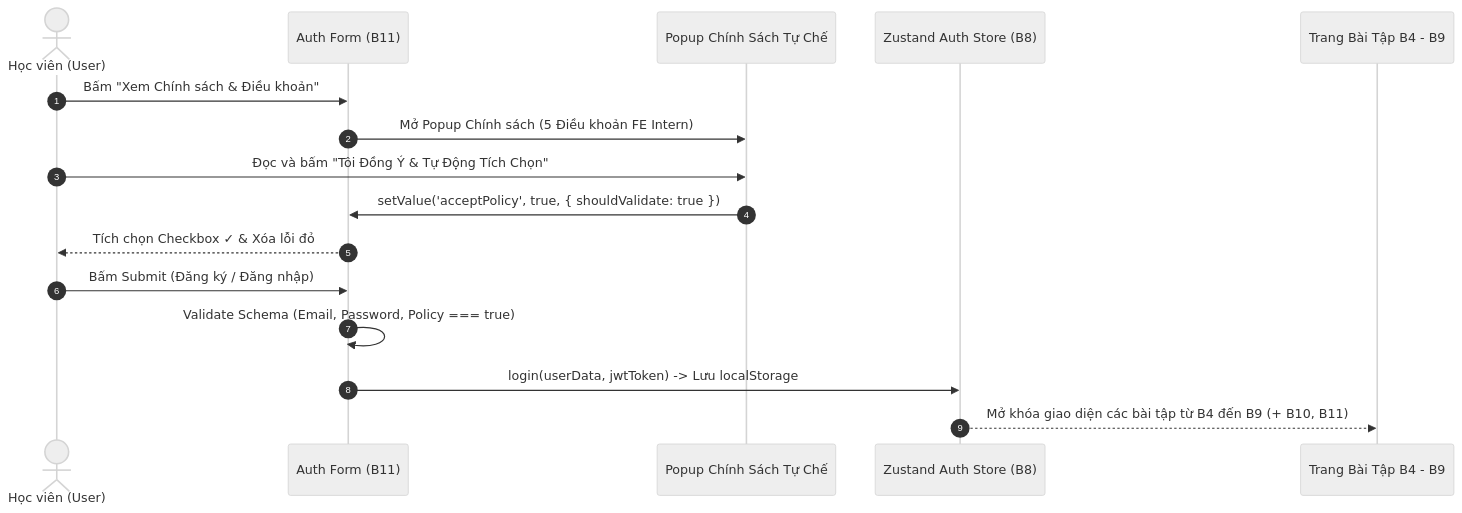
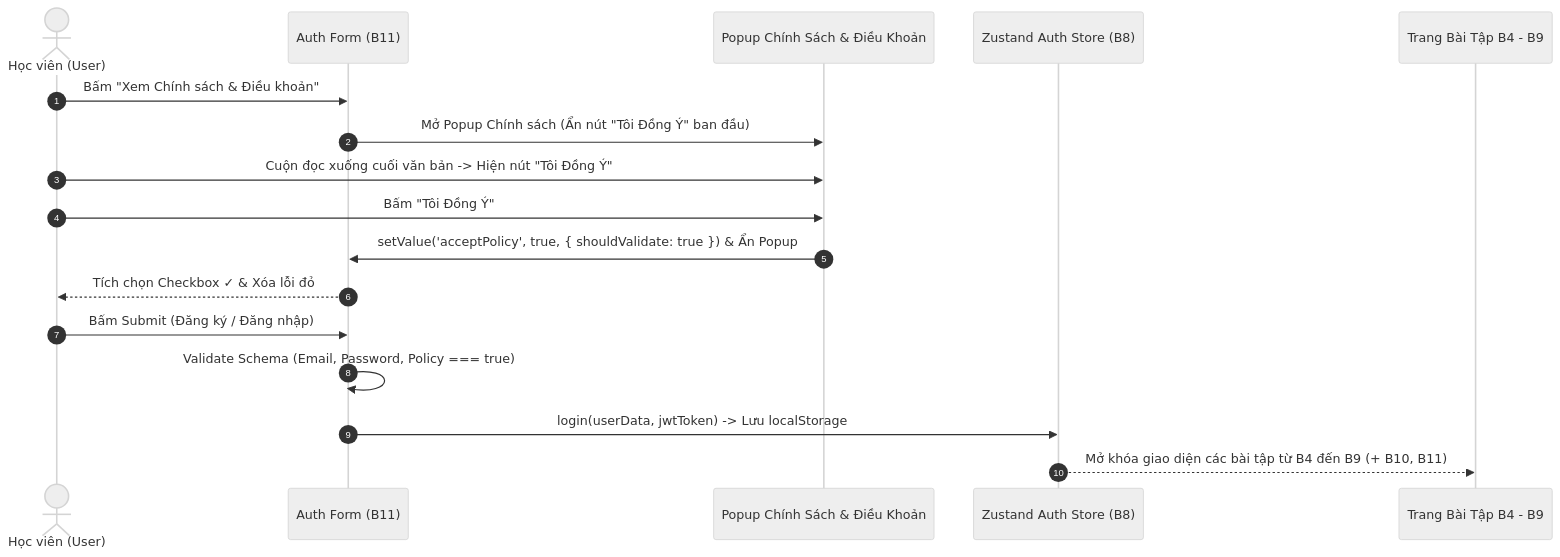
Before and after one commit to Ducthinh015/ES6-intern: the diagram in docs/B11_Form_Handling.md, drawn with Mermaid (neutral theme). The commit also changed other lines of this file and 3 other files, not shown here.

Commit message:
feat(policy-modal): remove 'tu che' label and require scrolling to bottom to show accept button

````diff
--- a/docs/B11_Form_Handling.md
+++ b/docs/B11_Form_Handling.md
@@ -93,19 +94,20 @@
 ```mermaid
 sequenceDiagram
     autonumber
     actor User as Học viên (User)
     participant Form as Auth Form (B11)
-    participant Modal as Popup Chính Sách Tự Chế
+    participant Modal as Popup Chính Sách & Điều Khoản
     participant Store as Zustand Auth Store (B8)
     participant Dashboard as Trang Bài Tập B4 - B9
 
     User->>Form: Bấm "Xem Chính sách & Điều khoản"
-    Form->>Modal: Mở Popup Chính sách (5 Điều khoản FE Intern)
-    User->>Modal: Đọc và bấm "Tôi Đồng Ý & Tự Động Tích Chọn"
-    Modal->>Form: setValue('acceptPolicy', true, { shouldValidate: true })
+    Form->>Modal: Mở Popup Chính sách (Ẩn nút "Tôi Đồng Ý" ban đầu)
+    User->>Modal: Cuộn đọc xuống cuối văn bản -> Hiện nút "Tôi Đồng Ý"
+    User->>Modal: Bấm "Tôi Đồng Ý"
+    Modal->>Form: setValue('acceptPolicy', true, { shouldValidate: true }) & Ẩn Popup
     Form-->>User: Tích chọn Checkbox ✓ & Xóa lỗi đỏ
     User->>Form: Bấm Submit (Đăng ký / Đăng nhập)
     Form->>Form: Validate Schema (Email, Password, Policy === true)
     Form->>Store: login(userData, jwtToken) -> Lưu localStorage
     Store-->>Dashboard: Mở khóa giao diện các bài tập từ B4 đến B9 (+ B10, B11)
 ```
````
